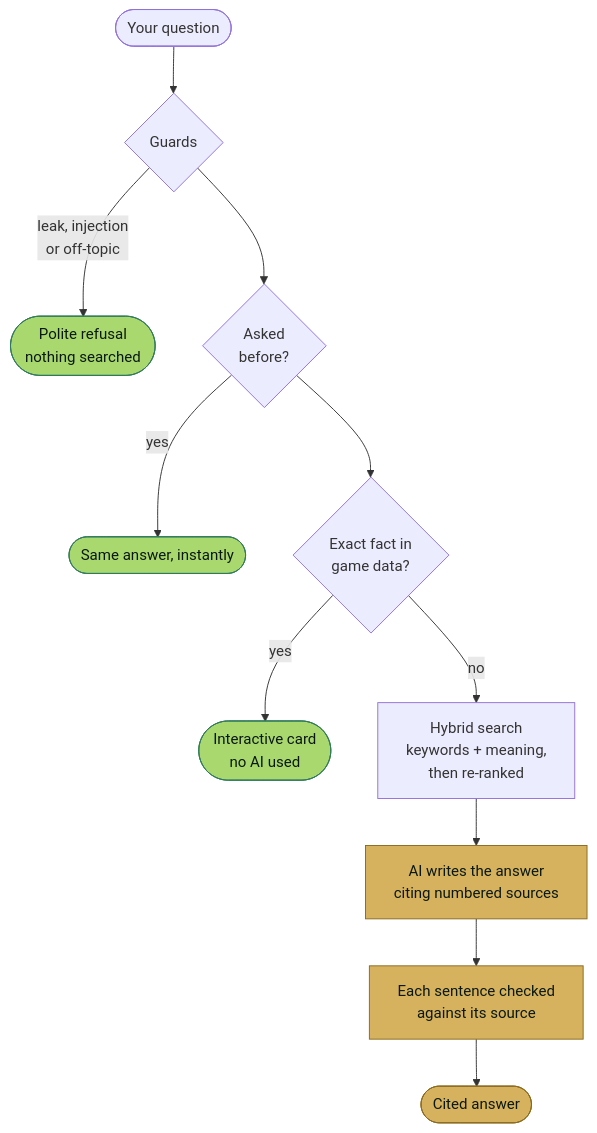
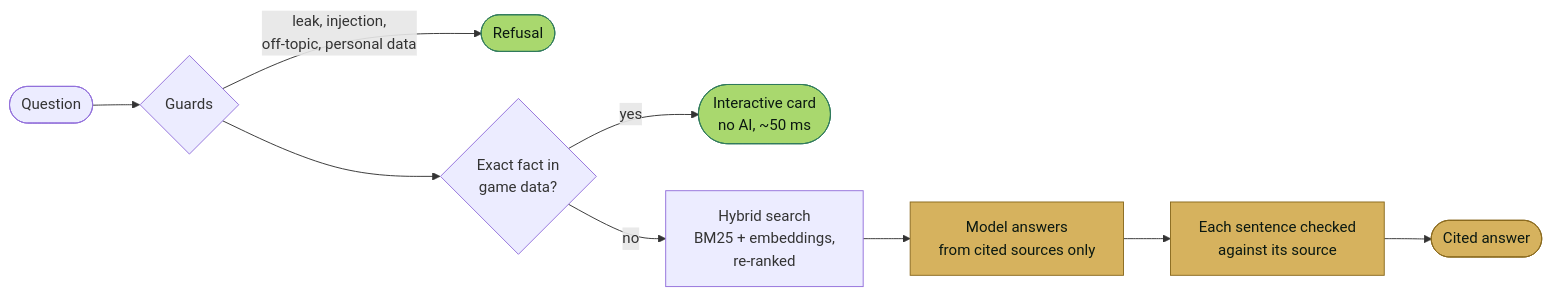
One commit to MukulRay1603/Irminsul changed the diagram in README.md. Above: the diagram before and after it, drawn with Mermaid. The commit also changed other lines of this file, not shown here.

````diff
--- a/README.md
+++ b/README.md
@@ -100,18 +43,16 @@
 ```mermaid
-flowchart TD
-    Q([Your question]) --> G{Guards}
-    G -- leak, injection<br/>or off-topic --> R([Polite refusal<br/>nothing searched])
-    G --> C{Asked<br/>before?}
-    C -- yes --> A1([Same answer, instantly])
-    C --> E{Exact fact in<br/>game data?}
-    E -- yes --> A2([Interactive card<br/>no AI used])
-    E -- no --> S[Hybrid search<br/>keywords + meaning,<br/>then re-ranked]
-    S --> L[AI writes the answer<br/>citing numbered sources]
+flowchart LR
+    Q([Question]) --> G{Guards}
+    G -- leak, injection,<br/>off-topic, personal data --> R([Refusal])
+    G --> E{Exact fact in<br/>game data?}
+    E -- yes --> A1([Interactive card<br/>no AI, ~50 ms])
+    E -- no --> S[Hybrid search<br/>BM25 + embeddings,<br/>re-ranked]
+    S --> L[Model answers<br/>from cited sources only]
     L --> V[Each sentence checked<br/>against its source]
-    V --> A3([Cited answer])
+    V --> A2([Cited answer])
 
     classDef free fill:#A9D86E,stroke:#2F7A5C,color:#0A1811
     classDef ai fill:#D6B25E,stroke:#8A6A1E,color:#0A1811
-    class R,A1,A2 free
-    class L,V,A3 ai
+    class R,A1 free
+    class L,V,A2 ai
 ```
````
